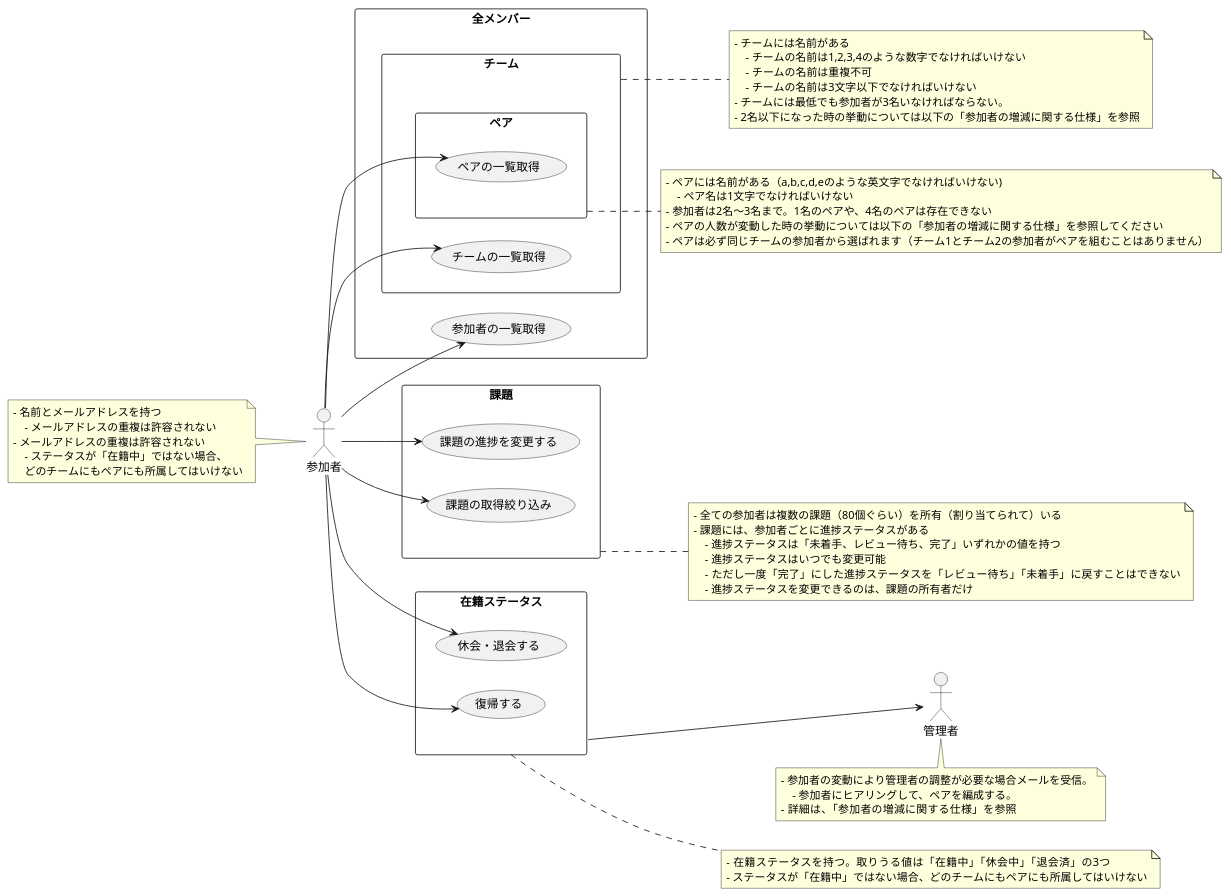
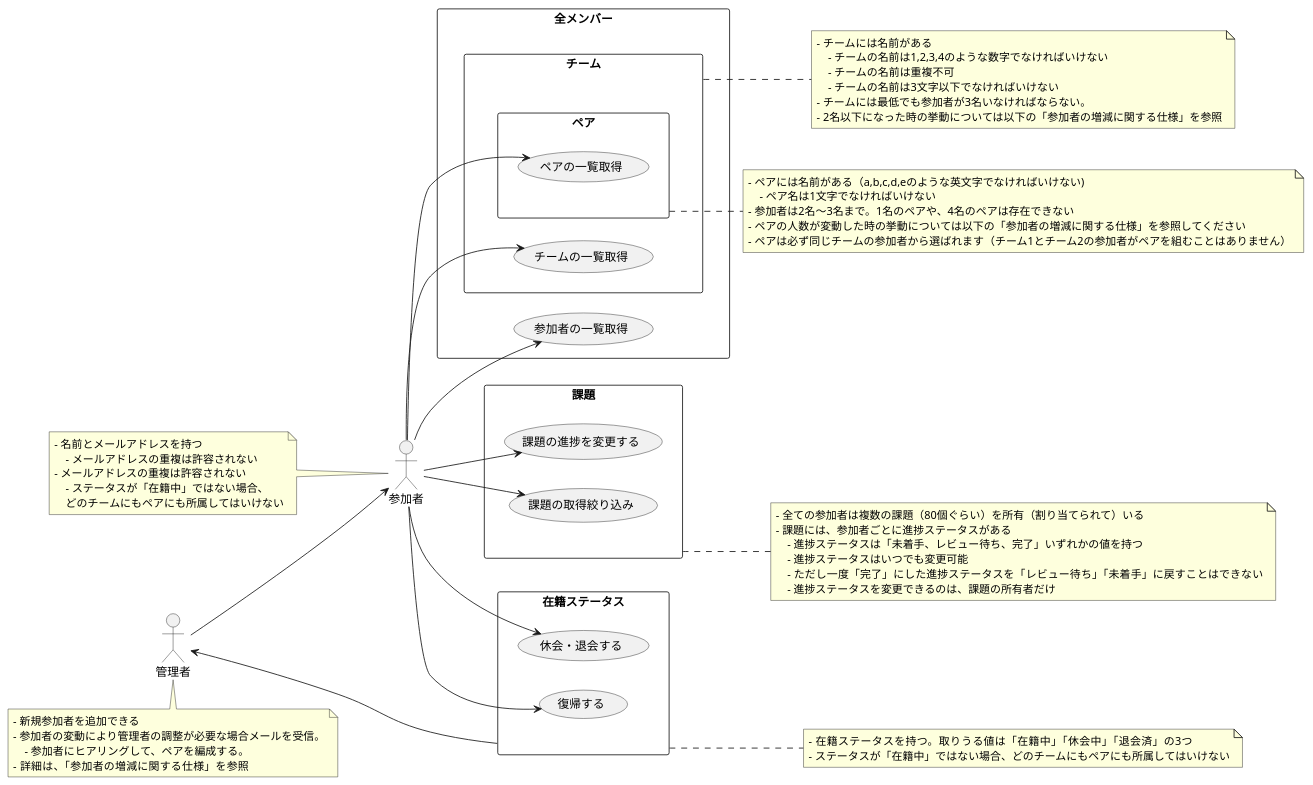
The diagram in 95IG7y3HHX7yl4/03_設計/04_特大課題：プラハチャレンジをDDDで実装してみる/ユースケース図.pu (praha-inc/praha-challenge-7), drawn with PlantUML before and after one commit. The commit also changed 2 other files, not shown here.

Commit message:
ドメインモデル図の作成
- ユースケース図を一部修正

```diff
--- a/95IG7y3HHX7yl4/03_設計/04_特大課題：プラハチャレンジをDDDで実装してみる/ユースケース図.pu
+++ b/95IG7y3HHX7yl4/03_設計/04_特大課題：プラハチャレンジをDDDで実装してみる/ユースケース図.pu
@@ -1,82 +1,84 @@
 @startuml usecase 
 left to right direction
 
-:参加者: as participant
+:管理者:
 
-:管理者: as manager
+:参加者:
 
-note left of participant 
+note bottom of 管理者 
+- 新規参加者を追加できる
+- 参加者の変動により管理者の調整が必要な場合メールを受信。
+    - 参加者にヒアリングして、ペアを編成する。
+- 詳細は、「参加者の増減に関する仕様」を参照
+end note
+
+note left of 参加者 
 - 名前とメールアドレスを持つ
     - メールアドレスの重複は許容されない
 - メールアドレスの重複は許容されない
     - ステータスが「在籍中」ではない場合、
     どのチームにもペアにも所属してはいけない
 end note
 
-note bottom of manager 
-- 参加者の変動により管理者の調整が必要な場合メールを受信。
-    - 参加者にヒアリングして、ペアを編成する。
-- 詳細は、「参加者の増減に関する仕様」を参照
-end note
-
-rectangle 全メンバー as all_member {
+rectangle 全メンバー {
     usecase "参加者の一覧取得" as UC1_1
-    rectangle チーム as tearm {
+    rectangle チーム {
         usecase "チームの一覧取得" as UC2_1
-        rectangle ペア as pair {
+        rectangle ペア {
             usecase "ペアの一覧取得" as UC3_1
         }
     }
 }
 
-note right of tearm
+note right of チーム
 - チームには名前がある
     - チームの名前は1,2,3,4のような数字でなければいけない
     - チームの名前は重複不可
     - チームの名前は3文字以下でなければいけない
 - チームには最低でも参加者が3名いなければならない。
 - 2名以下になった時の挙動については以下の「参加者の増減に関する仕様」を参照
 end note
 
-note right of pair 
+note right of ペア 
 - ペアには名前がある（a,b,c,d,eのような英文字でなければいけない)
     - ペア名は1文字でなければいけない
 - 参加者は2名〜3名まで。1名のペアや、4名のペアは存在できない
 - ペアの人数が変動した時の挙動については以下の「参加者の増減に関する仕様」を参照してください
 - ペアは必ず同じチームの参加者から選ばれます（チーム1とチーム2の参加者がペアを組むことはありません）
 end note
 
-rectangle 課題 as task {
+rectangle 課題 {
     usecase "課題の進捗を変更する" as UC4_1
     usecase "課題の取得絞り込み" as UC4_2
 }
 
-note right of task 
+note right of 課題 
 - 全ての参加者は複数の課題（80個ぐらい）を所有（割り当てられて）いる
 - 課題には、参加者ごとに進捗ステータスがある
     - 進捗ステータスは「未着手、レビュー待ち、完了」いずれかの値を持つ
     - 進捗ステータスはいつでも変更可能
     - ただし一度「完了」にした進捗ステータスを「レビュー待ち」「未着手」に戻すことはできない
     - 進捗ステータスを変更できるのは、課題の所有者だけ
 end note
 
-rectangle 在籍ステータス as enrollment_status {
+rectangle 在籍ステータス {
     usecase "休会・退会する" as UC5_1
     usecase "復帰する" as UC5_2
 }
 
-note right of enrollment_status 
+note right of 在籍ステータス 
 - 在籍ステータスを持つ。取りうる値は「在籍中」「休会中」「退会済」の3つ
 - ステータスが「在籍中」ではない場合、どのチームにもペアにも所属してはいけない
 end note
 
-participant --> UC1_1
-participant --> UC2_1
-participant --> UC3_1
-participant --> UC4_1
-participant --> UC4_2
-participant --> UC5_1
-participant --> UC5_2
-enrollment_status --> manager
+参加者 --> UC1_1
+参加者 --> UC2_1
+参加者 --> UC3_1
+参加者 --> UC4_1
+参加者 --> UC4_2
+参加者 --> UC5_1
+参加者 --> UC5_2
+管理者 --> 参加者
+在籍ステータス --> 管理者
 
 @enduml
```
